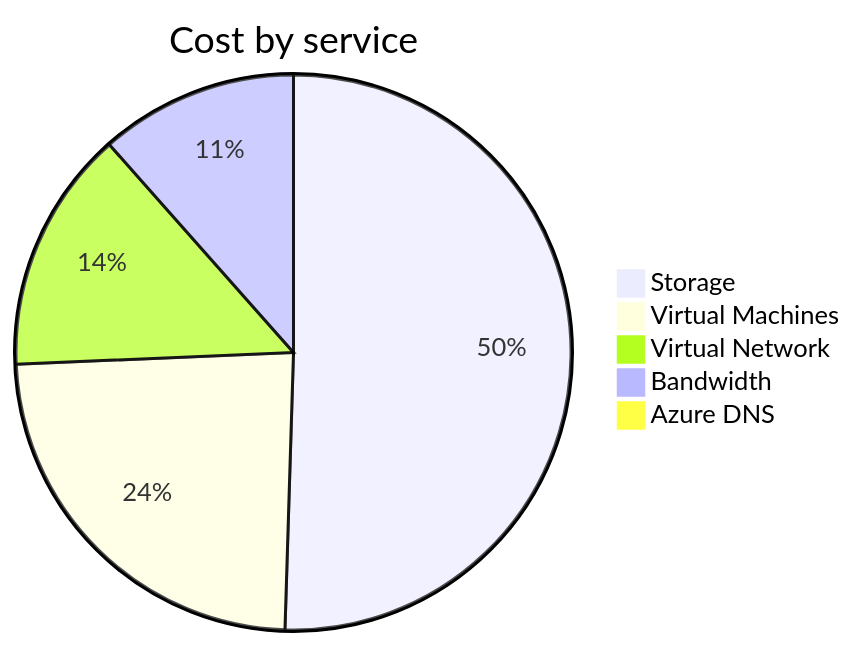
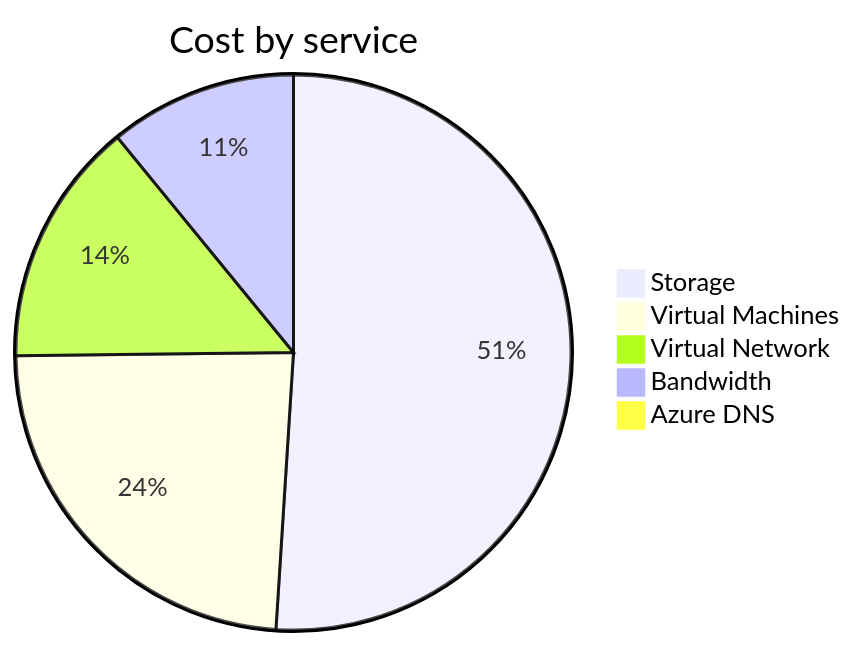
The second of 4 diagrams in cost-reports/personal-network/README.md (jpfulton/azure-personal-reports), drawn with Mermaid before and after one commit. The commit also changed other lines of this file and 8 other files, not shown here.

````diff
--- a/cost-reports/personal-network/README.md
+++ b/cost-reports/personal-network/README.md
@@ -99,9 +99,9 @@
 ```mermaid
 pie
    title Cost by service
-   "Storage" : 11.86
-   "Virtual Machines" : 5.60
-   "Virtual Network" : 3.32
+   "Storage" : 12.66
+   "Virtual Machines" : 5.91
+   "Virtual Network" : 3.54
    "Bandwidth" : 2.71
-   "Azure DNS" : 0.22
+   "Azure DNS" : 0.24
 ```
````
